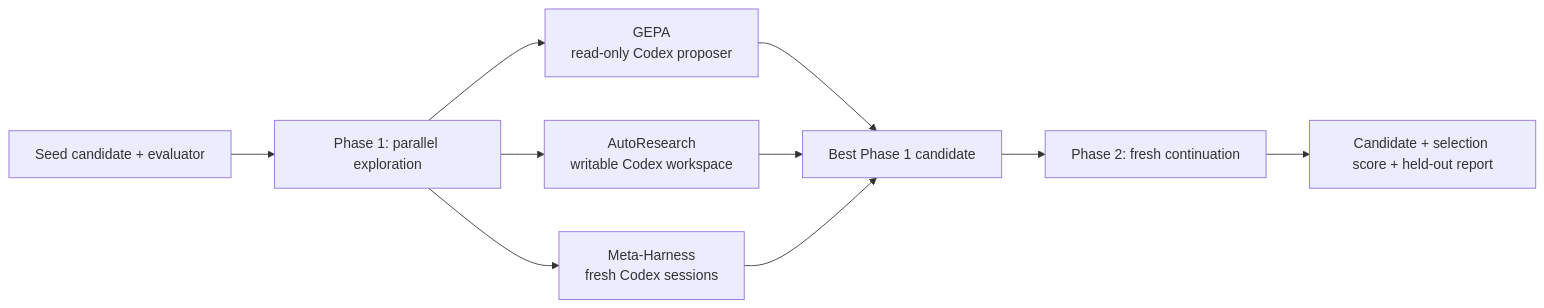
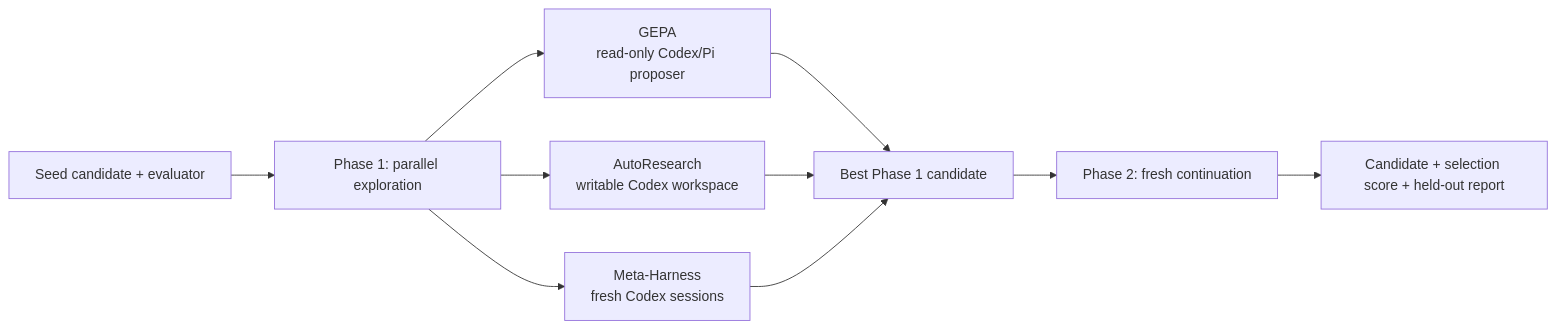
One commit to Qredence/gepa-omni changed the diagram in README.md. Above: the diagram before and after it, drawn with Mermaid. The commit also changed other lines of this file and 11 other files, not shown here.

````diff
--- a/README.md
+++ b/README.md
@@ -45,12 +45,12 @@
 ```mermaid
 flowchart LR
     seed["Seed candidate + evaluator"] --> explore["Phase 1: parallel exploration"]
-    explore --> gepa["GEPA\nread-only Codex proposer"]
+    explore --> gepa["GEPA\nread-only Codex/Pi proposer"]
     explore --> auto["AutoResearch\nwritable Codex workspace"]
     explore --> meta["Meta-Harness\nfresh Codex sessions"]
     gepa --> winner["Best Phase 1 candidate"]
     auto --> winner
     meta --> winner
     winner --> continuation["Phase 2: fresh continuation"]
     continuation --> result["Candidate + selection score + held-out report"]
 ```
````
